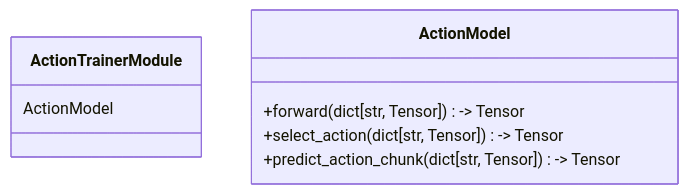
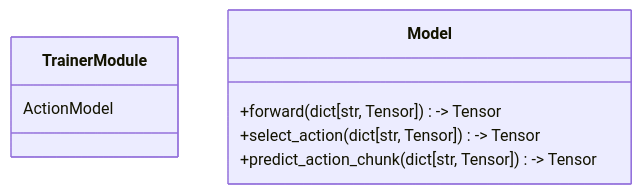
One commit to open-edge-platform/physical-ai-studio changed the diagram in lib/docs/design/policy/overview.md. Above: the diagram before and after it, drawn with Mermaid. The commit also changed other lines of this file and 27 other files, not shown here.

````diff
--- a/lib/docs/design/policy/overview.md
+++ b/lib/docs/design/policy/overview.md
@@ -7,10 +8,10 @@
 ```mermaid
 classDiagram
-    ActionTrainerModule
-    ActionTrainerModule : ActionModel
+    TrainerModule
+    TrainerModule : ActionModel
 
-    ActionModel
-    ActionModel: +forward(dict[str, Tensor]) -> Tensor
-    ActionModel: +select_action(dict[str, Tensor]) -> Tensor
-    ActionModel: +predict_action_chunk(dict[str, Tensor]) -> Tensor
+    Model
+    Model: +forward(dict[str, Tensor]) -> Tensor
+    Model: +select_action(dict[str, Tensor]) -> Tensor
+    Model: +predict_action_chunk(dict[str, Tensor]) -> Tensor
 ```
````
